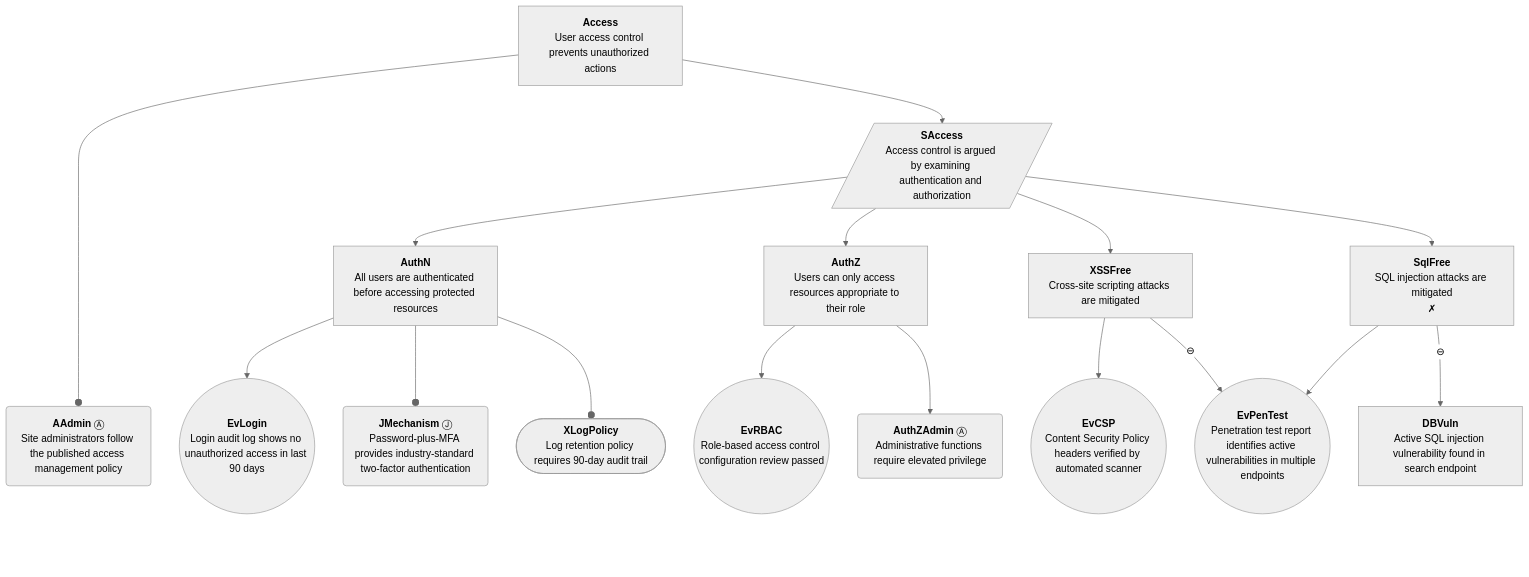
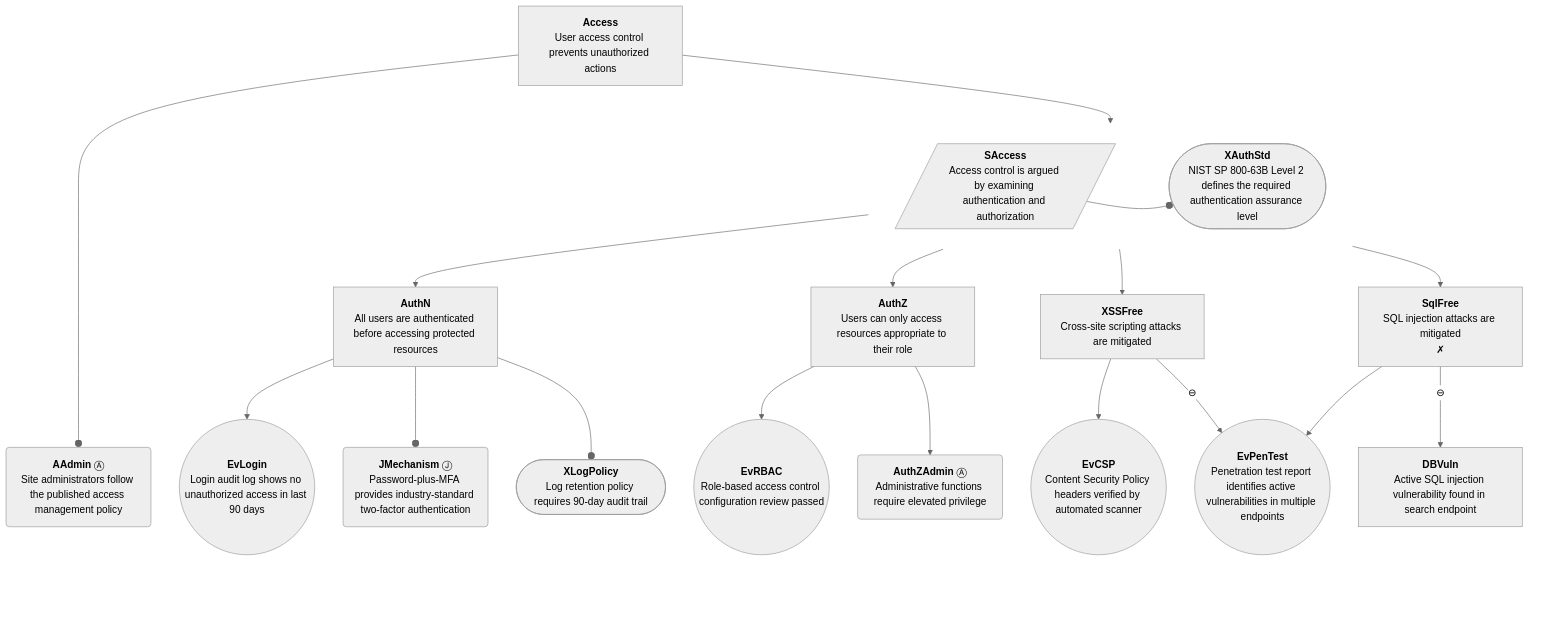
The sixth of 12 diagrams in tests/fixtures/demo-output.expected.md (david-a-wheeler/caseproc), drawn with Mermaid before and after one commit. The commit also changed other lines of this file and 3 other files, not shown here.

````diff
--- a/tests/fixtures/demo-output.expected.md
+++ b/tests/fixtures/demo-output.expected.md
@@ -268,71 +344,80 @@
 ```mermaid
 ---
 config:
   theme: neutral
   flowchart:
     curve: basis
     htmlLabels: true
     rankSpacing: 60
     nodeSpacing: 45
     padding: 15
 ---
 flowchart TD
     classDef invisible opacity:0
     classDef gsnUndev stroke-width:2px,stroke-dasharray: 5 5;
     classDef connector fill:none,stroke:#cccccc,stroke-width:1px;
     Access["<b>Access</b><br>User access control prevents unauthorized actions"]
     AAdmin("<b>AAdmin</b>&nbsp;Ⓐ<br>Site administrators follow the published access management policy")
     SAccess[/"<b>SAccess</b><br>Access control is argued by examining authentication and authorization"/]
+    XAuthStd(["<b>XAuthStd</b><br>NIST SP 800-63B Level 2 defines the required authentication assurance level"])
     AuthN["<b>AuthN</b><br>All users are authenticated before accessing protected resources"]
     AuthZ["<b>AuthZ</b><br>Users can only access resources appropriate to their role"]
     XSSFree["<b>XSSFree</b><br>Cross-site scripting attacks are mitigated"]
     SqlFree["<b>SqlFree</b><br>SQL injection attacks are mitigated<br>✗"]
     EvLogin(("<b>EvLogin</b><br>Login audit log shows no unauthorized access in last 90 days"))
     JMechanism("<b>JMechanism</b>&nbsp;Ⓙ<br>Password-plus-MFA provides industry-standard two-factor authentication")
     XLogPolicy(["<b>XLogPolicy</b><br>Log retention policy requires 90-day audit trail"])
     EvRBAC(("<b>EvRBAC</b><br>Role-based access control configuration review passed"))
     AuthZAdmin("<b>AuthZAdmin</b>&nbsp;Ⓐ<br>Administrative functions require elevated privilege")
     EvCSP(("<b>EvCSP</b><br>Content Security Policy headers verified by automated scanner"))
     EvPenTest(("<b>EvPenTest</b><br>Penetration test report identifies active vulnerabilities in multiple endpoints"))
     DBVuln["<b>DBVuln</b><br>Active SQL injection vulnerability found in search endpoint"]
     click Access "https://github.com/david-a-wheeler/verocase/blob/main/tests/fixtures/demo-output.expected.md#claim-access"
     click AAdmin "https://github.com/david-a-wheeler/verocase/blob/main/tests/fixtures/demo-output.expected.md#assumption-aadmin"
     click SAccess "https://github.com/david-a-wheeler/verocase/blob/main/tests/fixtures/demo-output.expected.md#strategy-saccess"
+    click XAuthStd "https://github.com/david-a-wheeler/verocase/blob/main/tests/fixtures/demo-output.expected.md#context-xauthstd"
     click AuthN "https://github.com/david-a-wheeler/verocase/blob/main/tests/fixtures/demo-output.expected.md#claim-authn"
     click AuthZ "https://github.com/david-a-wheeler/verocase/blob/main/tests/fixtures/demo-output.expected.md#claim-authz"
     click XSSFree "https://github.com/david-a-wheeler/verocase/blob/main/tests/fixtures/demo-output.expected.md#claim-xssfree"
     click SqlFree "https://github.com/david-a-wheeler/verocase/blob/main/tests/fixtures/demo-output.expected.md#claim-sqlfree"
     click EvLogin "https://github.com/david-a-wheeler/verocase/blob/main/tests/fixtures/demo-output.expected.md#evidence-evlogin"
     click JMechanism "https://github.com/david-a-wheeler/verocase/blob/main/tests/fixtures/demo-output.expected.md#justification-jmechanism"
     click XLogPolicy "https://github.com/david-a-wheeler/verocase/blob/main/tests/fixtures/demo-output.expected.md#context-xlogpolicy"
     click EvRBAC "https://github.com/david-a-wheeler/verocase/blob/main/tests/fixtures/demo-output.expected.md#evidence-evrbac"
     click AuthZAdmin "https://github.com/david-a-wheeler/verocase/blob/main/tests/fixtures/demo-output.expected.md#claim-authzadmin"
     click EvCSP "https://github.com/david-a-wheeler/verocase/blob/main/tests/fixtures/demo-output.expected.md#evidence-evcsp"
     click EvPenTest "https://github.com/david-a-wheeler/verocase/blob/main/tests/fixtures/demo-output.expected.md#evidence-evpentest"
     click DBVuln "https://github.com/david-a-wheeler/verocase/blob/main/tests/fixtures/demo-output.expected.md#claim-dbvuln"
 
+    subgraph SgCJ1 [ ]
+        direction LR
+        SAccess ~~~ XAuthStd
+    end
+    style SgCJ1 fill:none,stroke:none
     Access --o AAdmin
     Access --> SAccess
+    SAccess --o XAuthStd
     SAccess --> AuthN
     AuthN --> EvLogin
     AuthN --o JMechanism
     AuthN --o XLogPolicy
     SAccess --> AuthZ
     AuthZ --> EvRBAC
     AuthZ --> AuthZAdmin
     SAccess --> XSSFree
     XSSFree --> EvCSP
     XSSFree -->|⊖| EvPenTest
     SAccess --> SqlFree
     SqlFree --> EvPenTest
     SqlFree -->|⊖| DBVuln
     AAdmin ~~~ BottomPadding[ ]:::invisible
+    XAuthStd ~~~ BottomPadding
     EvLogin ~~~ BottomPadding
     JMechanism ~~~ BottomPadding
     XLogPolicy ~~~ BottomPadding
     EvRBAC ~~~ BottomPadding
     AuthZAdmin ~~~ BottomPadding
     EvCSP ~~~ BottomPadding
     EvPenTest ~~~ BottomPadding
     DBVuln ~~~ BottomPadding
 ```
````
